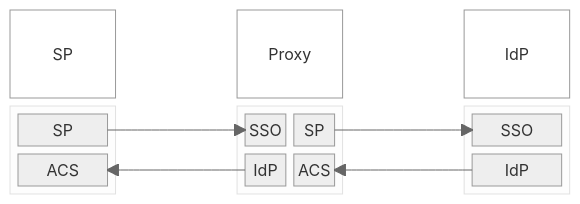
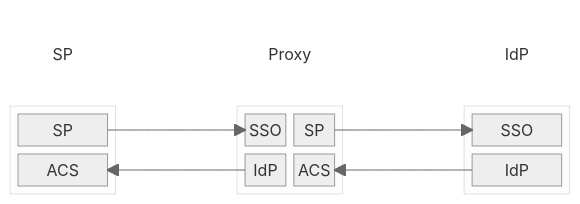
The first of 2 diagrams in README.md (mikehadlow/samlproxy), drawn with Mermaid (neutral theme) before and after one commit.

Commit message:
block spacing

````diff
--- a/README.md
+++ b/README.md
@@ -6,44 +6,44 @@
 ```mermaid
 block-beta
 columns 5
 
     %% Headers
     h1["SP"]
     space
     h2["Proxy"]
     space
     h3["IdP"]
 
-    style h1 fill:none
-    style h2 fill:none
-    style h3 fill:none
+    style h1 fill:none,stroke:none
+    style h2 fill:none,stroke:none
+    style h3 fill:none,stroke:none
 
     block
     columns 1
       a1["SP"]
       a2["ACS"]
     end
 
     space:1
 
     block
     columns 2
       b1["SSO"]
       b2["SP"]
       b3["IdP"]
       b4["ACS"]
     end
 
     space:1
 
     block
     columns 1
       c1["SSO"]
       c2{"IdP"]
     end
 
     a1-->b1
     b2-->c1
     c2-->b4
     b3-->a2
 ```
````
